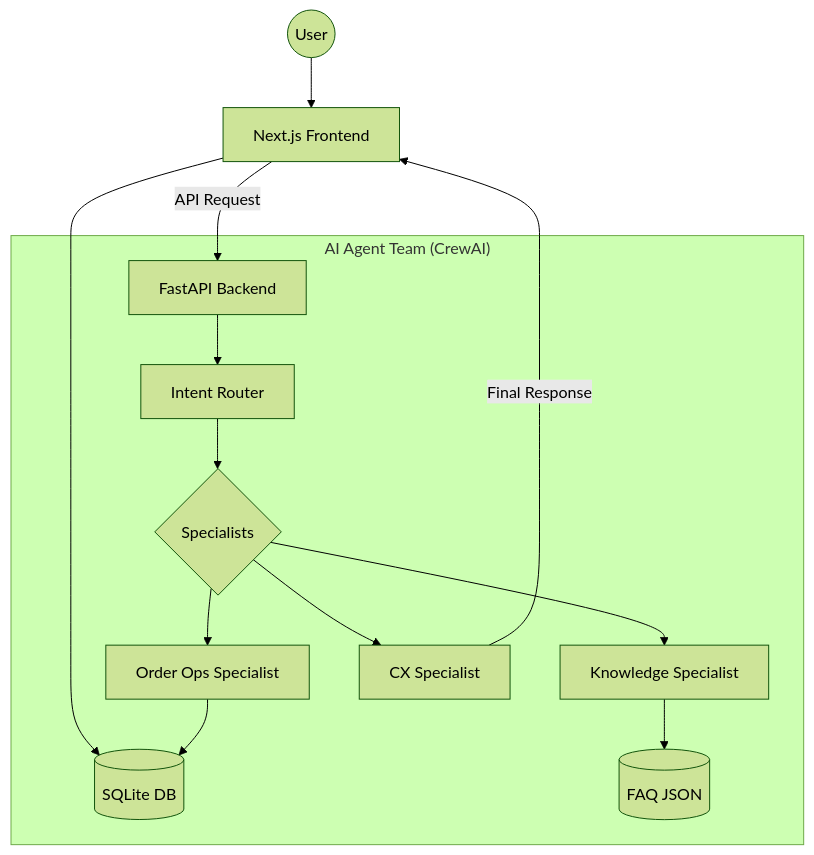
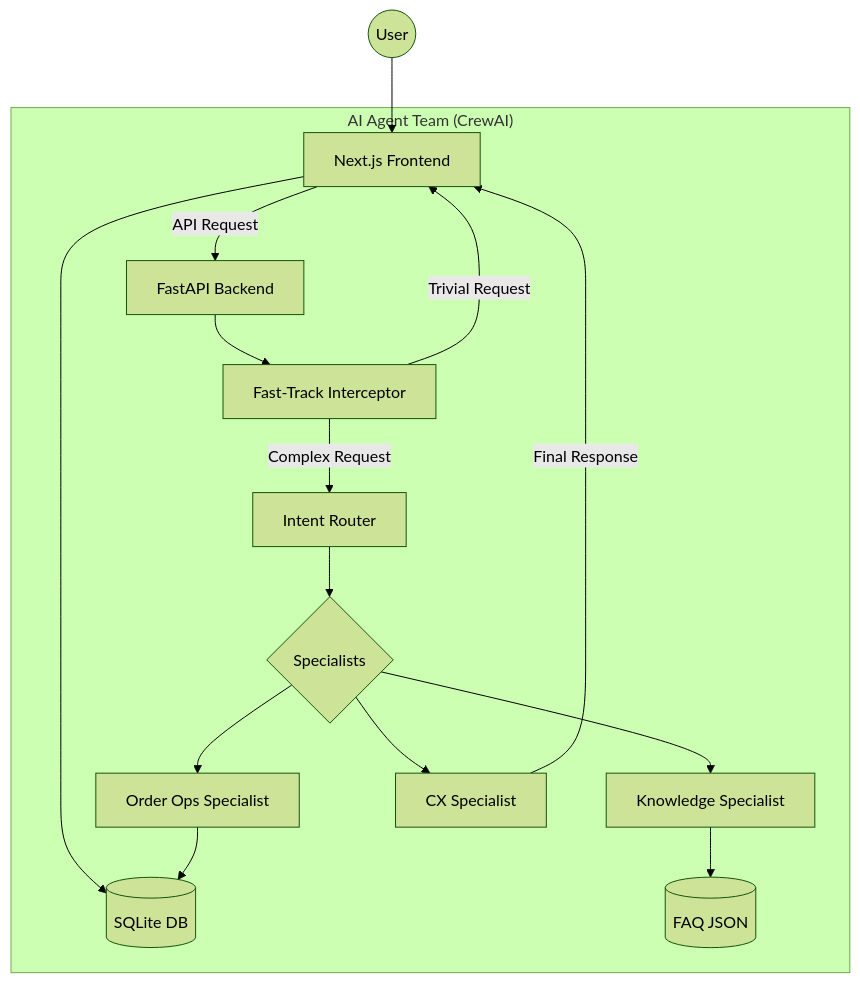
The diagram in README.md (AliAlTaweel/ai_customer_support), drawn with Mermaid (forest theme) before and after one commit. The commit also changed other lines of this file and 2 other files, not shown here.

````diff
--- a/README.md
+++ b/README.md
@@ -13,18 +13,20 @@
 ```mermaid
 graph TD
     User((User)) --> Frontend[Next.js Frontend]
     Frontend --> DB[(SQLite DB)]
     Frontend -- "API Request" --> Backend[FastAPI Backend]
     
     subgraph "AI Agent Team (CrewAI)"
-        Backend --> Router[Intent Router]
+        Backend --> FastTrack[Fast-Track Interceptor]
+        FastTrack -- "Trivial Request" --> Frontend
+        FastTrack -- "Complex Request" --> Router[Intent Router]
         Router --> Specialist{Specialists}
         Specialist --> RAG[Knowledge Specialist]
         Specialist --> Ops[Order Ops Specialist]
         RAG --> FAQ[(FAQ JSON)]
         Ops --> DB
         Specialist --> CX[CX Specialist]
     end
     
     CX -- "Final Response" --> Frontend
 ```
````
